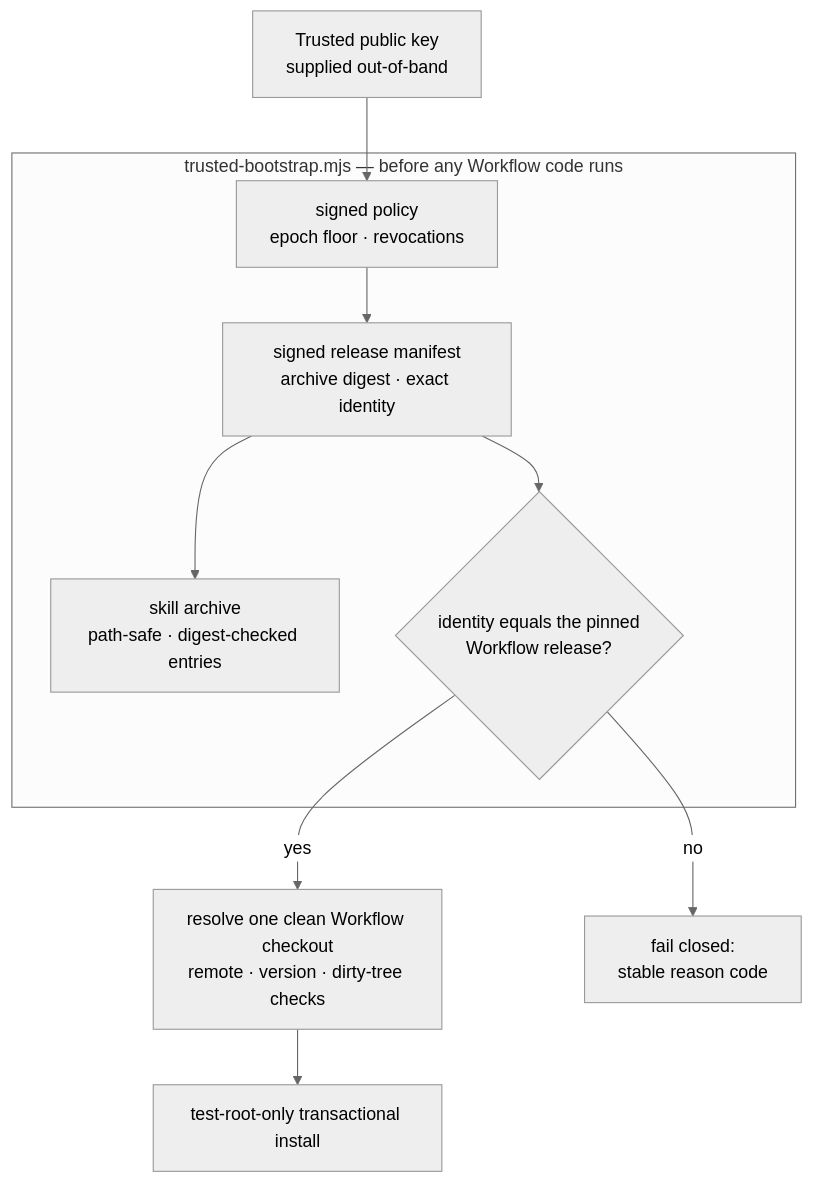
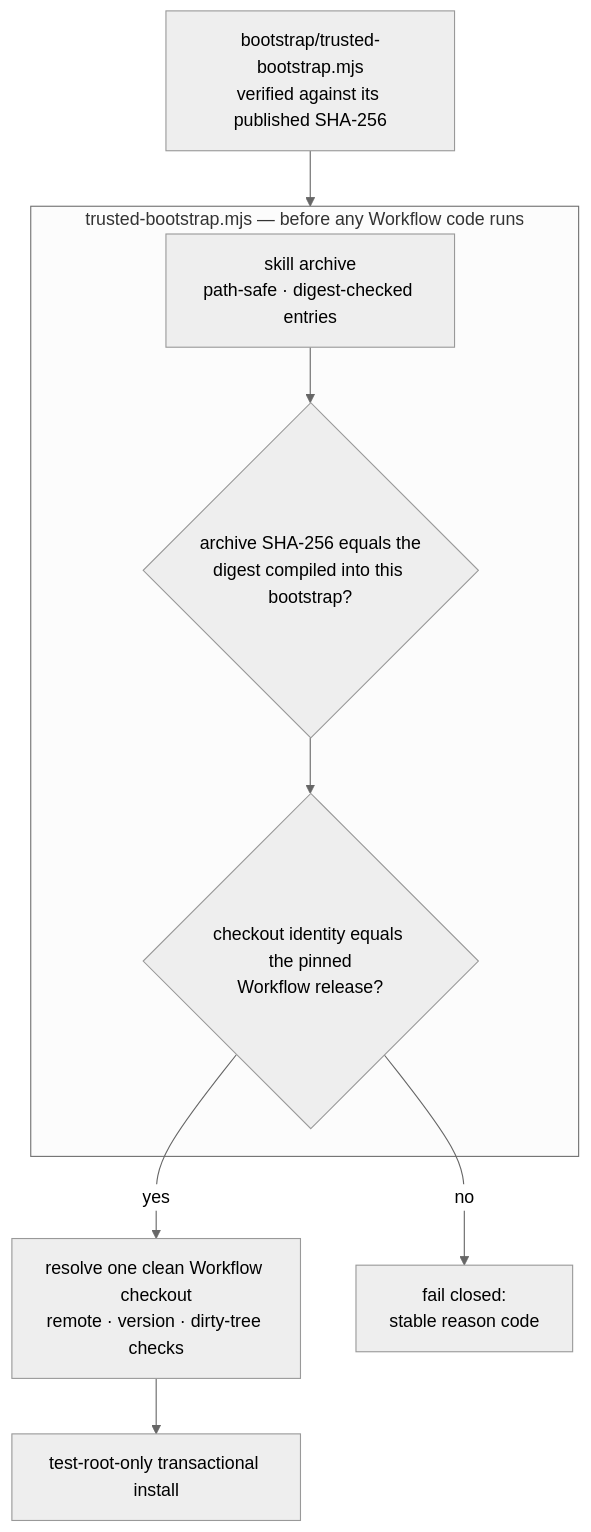
Before and after one commit to tpmoonchefryan/tcrn-workflow-helper: the diagram in README.md, drawn with Mermaid (neutral theme). The commit also changed other lines of this file and 23 other files, not shown here.

First line of the commit message:
Remove the self-built signing root; anchor trust in a published bootstrap digest

````diff
--- a/README.md
+++ b/README.md
@@ -66,12 +72,11 @@
 ```mermaid
 flowchart TD
-    K[Trusted public key<br/>supplied out-of-band] --> P
+    K[bootstrap/trusted-bootstrap.mjs<br/>verified against its published SHA-256] --> Verify
     subgraph Verify["trusted-bootstrap.mjs — before any Workflow code runs"]
-        P[signed policy<br/>epoch floor · revocations] --> M[signed release manifest<br/>archive digest · exact identity]
-        M --> A[skill archive<br/>path-safe · digest-checked entries]
-        M --> ID{identity equals the pinned<br/>Workflow release?}
+        A[skill archive<br/>path-safe · digest-checked entries] --> D{archive SHA-256 equals the<br/>digest compiled into this bootstrap?}
+        D --> ID{checkout identity equals the pinned<br/>Workflow release?}
     end
     ID -->|yes| R[resolve one clean Workflow checkout<br/>remote · version · dirty-tree checks]
     ID -->|no| F[fail closed:<br/>stable reason code]
     R --> T[test-root-only transactional install]
 ```
````
